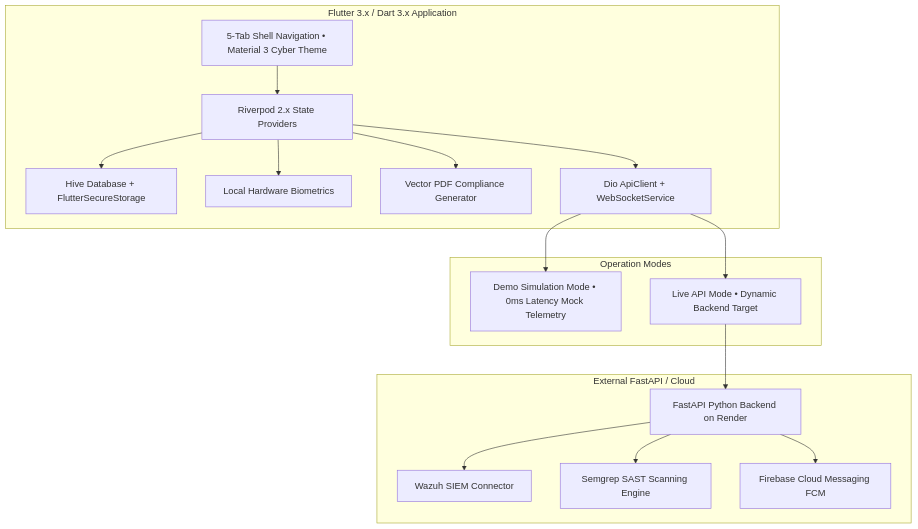
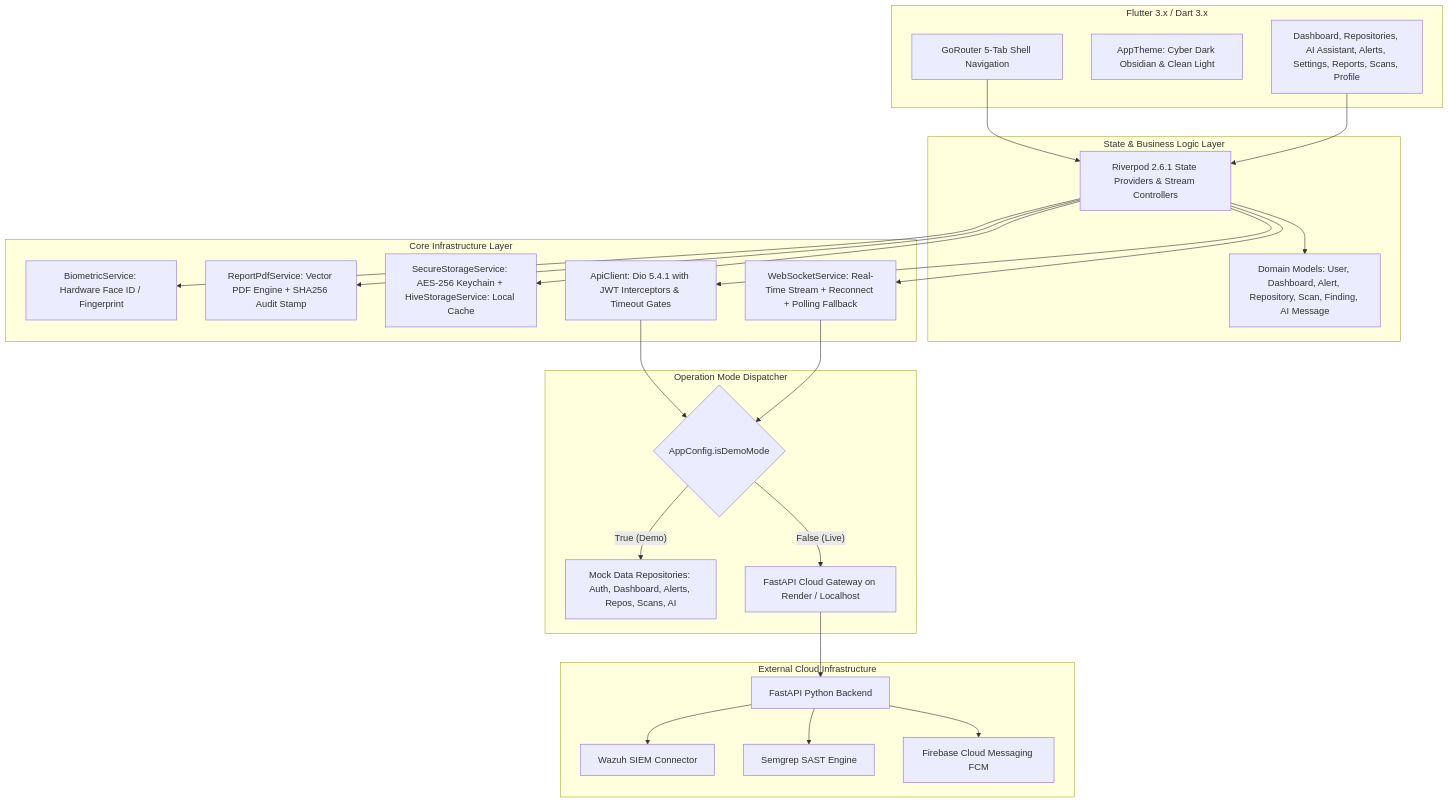
Before and after one commit to NATTOMR/secureguard-mobile: the diagram in docs/DOCUMENTATION_STATUS.md, drawn with Mermaid. The commit also changed other lines of this file and 6 other files, not shown here.

````diff
--- a/docs/DOCUMENTATION_STATUS.md
+++ b/docs/DOCUMENTATION_STATUS.md
@@ -11,31 +26,45 @@
 ```mermaid
 graph TD
-    subgraph Mobile Client [Flutter 3.x / Dart 3.x Application]
-        UI[5-Tab Shell Navigation • Material 3 Cyber Theme]
-        Riverpod[Riverpod 2.x State Providers]
-        Storage[Hive Database + FlutterSecureStorage]
-        Bio[Local Hardware Biometrics]
-        PDF[Vector PDF Compliance Generator]
-        Network[Dio ApiClient + WebSocketService]
+    subgraph Mobile Presentation Layer [Flutter 3.x / Dart 3.x]
+        Shell[GoRouter 5-Tab Shell Navigation]
+        Theme[AppTheme: Cyber Dark Obsidian & Clean Light]
+        Screens[Dashboard, Repositories, AI Assistant, Alerts, Settings, Reports, Scans, Profile]
     end
 
-    subgraph Operation Modes
-        Demo[Demo Simulation Mode • 0ms Latency Mock Telemetry]
-        Live[Live API Mode • Dynamic Backend Target]
+    subgraph State & Business Logic Layer
+        Riverpod[Riverpod 2.6.1 State Providers & Stream Controllers]
+        Domain[Domain Models: User, Dashboard, Alert, Repository, Scan, Finding, AI Message]
     end
 
-    subgraph External Backend Services [External FastAPI / Cloud]
-        FastAPI[FastAPI Python Backend on Render]
-        Wazuh[Wazuh SIEM Connector]
-        Semgrep[Semgrep SAST Scanning Engine]
-        Firebase[Firebase Cloud Messaging FCM]
+    subgraph Core Infrastructure Layer
+        Bio[BiometricService: Hardware Face ID / Fingerprint]
+        PDF[ReportPdfService: Vector PDF Engine + SHA256 Audit Stamp]
+        Storage[SecureStorageService: AES-256 Keychain + HiveStorageService: Local Cache]
+        NetClient[ApiClient: Dio 5.4.1 with JWT Interceptors & Timeout Gates]
+        WS[WebSocketService: Real-Time Stream + Reconnect + Polling Fallback]
     end
 
-    UI --> Riverpod
-    Riverpod --> Storage & Bio & PDF
-    Riverpod --> Network
-    Network --> Demo
-    Network --> Live
-    Live --> FastAPI
-    FastAPI --> Wazuh & Semgrep & Firebase
+    subgraph Operation Mode Dispatcher
+        ModeCheck{AppConfig.isDemoMode}
+        MockLayer[Mock Data Repositories: Auth, Dashboard, Alerts, Repos, Scans, AI]
+        LiveGateway[FastAPI Cloud Gateway on Render / Localhost]
+    end
+
+    subgraph External Backend Services [External Cloud Infrastructure]
+        FastAPIEngine[FastAPI Python Backend]
+        WazuhEngine[Wazuh SIEM Connector]
+        SemgrepEngine[Semgrep SAST Engine]
+        FirebaseEngine[Firebase Cloud Messaging FCM]
+    end
+
+    Shell --> Riverpod
+    Screens --> Riverpod
+    Riverpod --> Domain
+    Riverpod --> Bio & PDF & Storage
+    Riverpod --> NetClient & WS
+    NetClient & WS --> ModeCheck
+    ModeCheck -- True (Demo) --> MockLayer
+    ModeCheck -- False (Live) --> LiveGateway
+    LiveGateway --> FastAPIEngine
+    FastAPIEngine --> WazuhEngine & SemgrepEngine & FirebaseEngine
 ```
````
